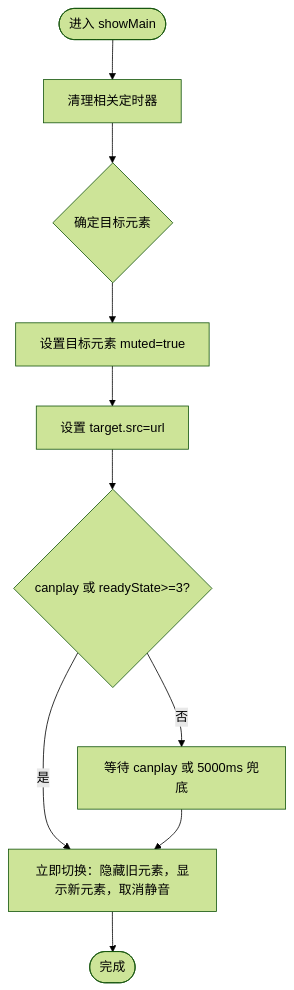
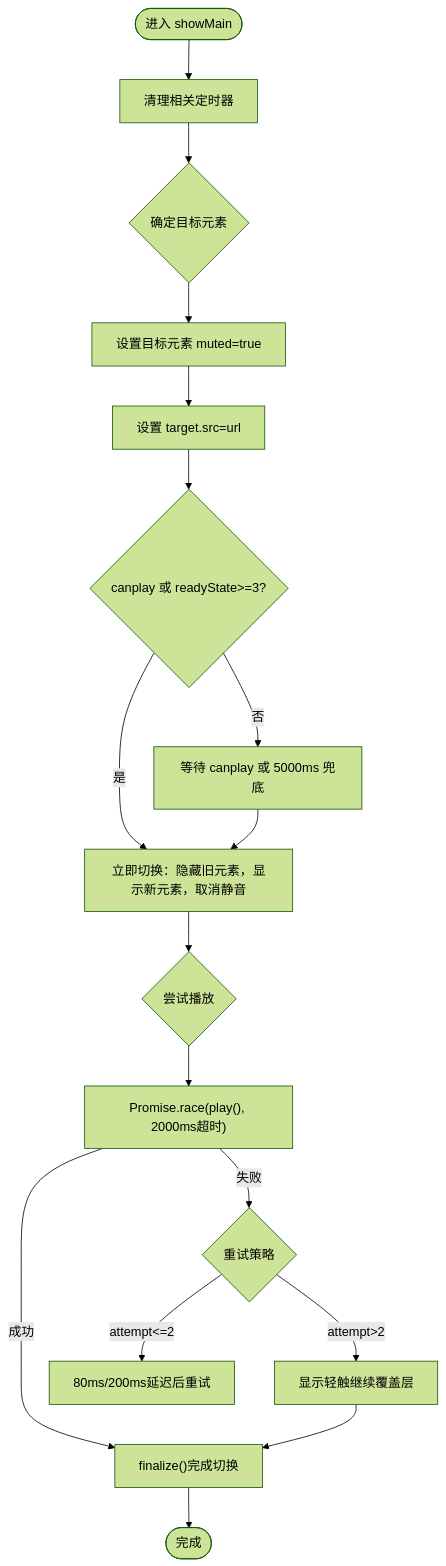
The third of 6 diagrams in .qoder/repowiki/zh/content/前端应用/虚拟形象系统.md (leo21cn/real-time-talk), drawn with Mermaid (forest theme) before and after one commit. The commit also changed other lines of this file and 36 other files, not shown here.

````diff
--- a/.qoder/repowiki/zh/content/前端应用/虚拟形象系统.md
+++ b/.qoder/repowiki/zh/content/前端应用/虚拟形象系统.md
@@ -177,12 +192,19 @@
 ```mermaid
 flowchart TD
 Start(["进入 showMain"]) --> ClearTimers["清理相关定时器"]
 ClearTimers --> DecideTarget{"确定目标元素"}
 DecideTarget --> SetMuted["设置目标元素 muted=true"]
 SetMuted --> LoadSrc["设置 target.src=url"]
 LoadSrc --> CanPlay{"canplay 或 readyState>=3?"}
 CanPlay --> |是| Switch["立即切换：隐藏旧元素，显示新元素，取消静音"]
 CanPlay --> |否| WaitTimer["等待 canplay 或 5000ms 兜底"]
 WaitTimer --> Switch
-Switch --> End(["完成"])
+Switch --> PlayAttempt{"尝试播放"}
+PlayAttempt --> RacePromise["Promise.race(play(), 2000ms超时)"]
+RacePromise --> |成功| Finalize["finalize()完成切换"]
+RacePromise --> |失败| Retry{"重试策略"}
+Retry --> |attempt<=2| Delay["80ms/200ms延迟后重试"]
+Retry --> |attempt>2| ShowOverlay["显示轻触继续覆盖层"]
+ShowOverlay --> Finalize
+Finalize --> End(["完成"])
 ```
````
